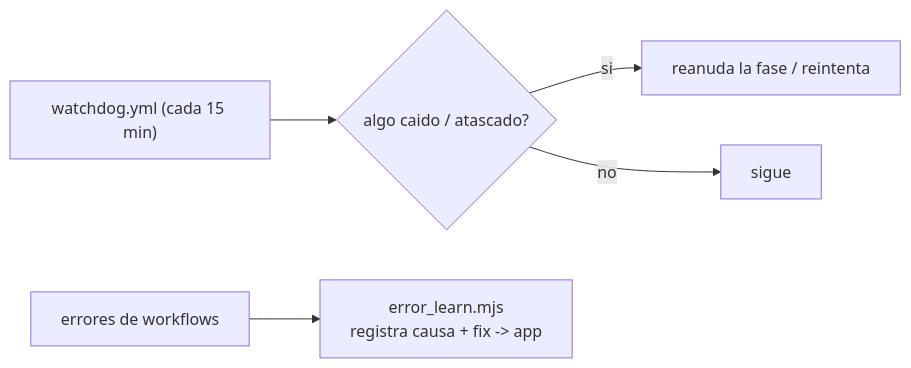
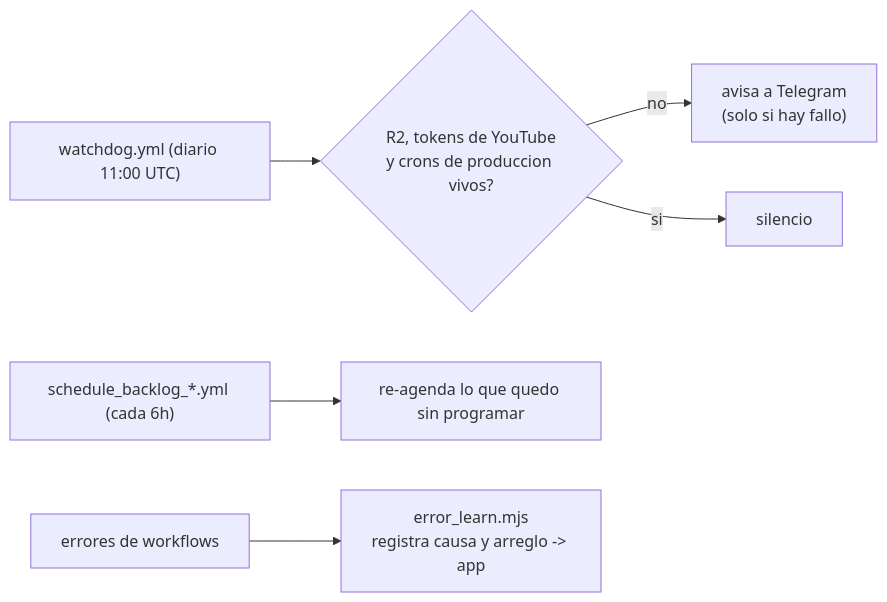
One commit to juanberrio0399/video-forge changed the seventh of 7 diagrams in docs/FLUJOS.md. Above: the diagram before and after it, drawn with Mermaid. The commit also changed other lines of this file and 25 other files, not shown here.

````diff
--- a/docs/FLUJOS.md
+++ b/docs/FLUJOS.md
@@ -94,7 +111,8 @@
 ```mermaid
 flowchart LR
-  wd["watchdog.yml (cada 15 min)"] --> chk{"algo caido / atascado?"}
-  chk -- si --> re["reanuda la fase / reintenta"]
-  chk -- no --> ok["sigue"]
-  err["errores de workflows"] --> learn["error_learn.mjs\nregistra causa + fix -> app"]
+  wd["watchdog.yml (diario 11:00 UTC)"] --> chk{"R2, tokens de YouTube<br/>y crons de produccion vivos?"}
+  chk -- no --> avisa["avisa a Telegram<br/>(solo si hay fallo)"]
+  chk -- si --> ok["silencio"]
+  bl["schedule_backlog_*.yml (cada 6h)"] --> sana["re-agenda lo que quedo sin programar"]
+  err["errores de workflows"] --> learn["error_learn.mjs<br/>registra causa y arreglo -> app"]
 ```
````
